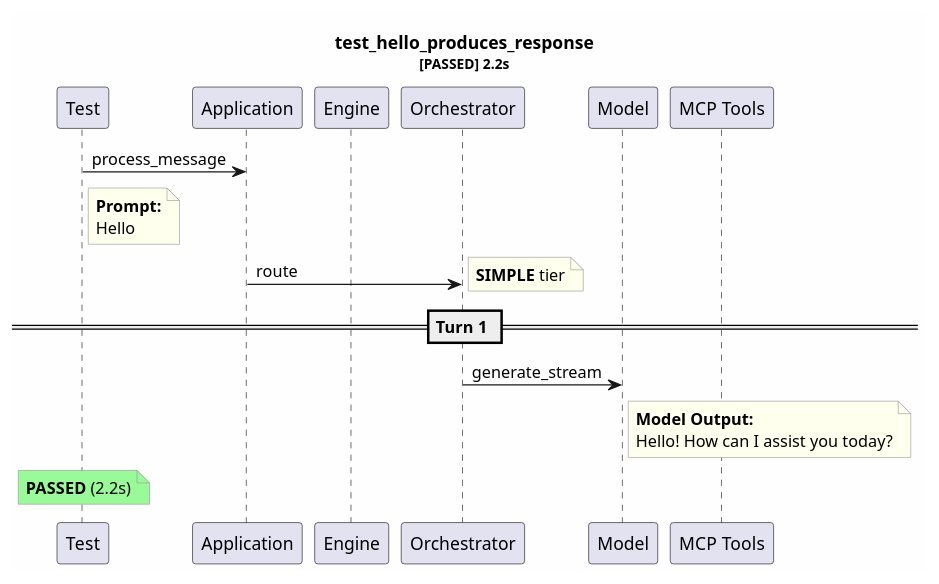
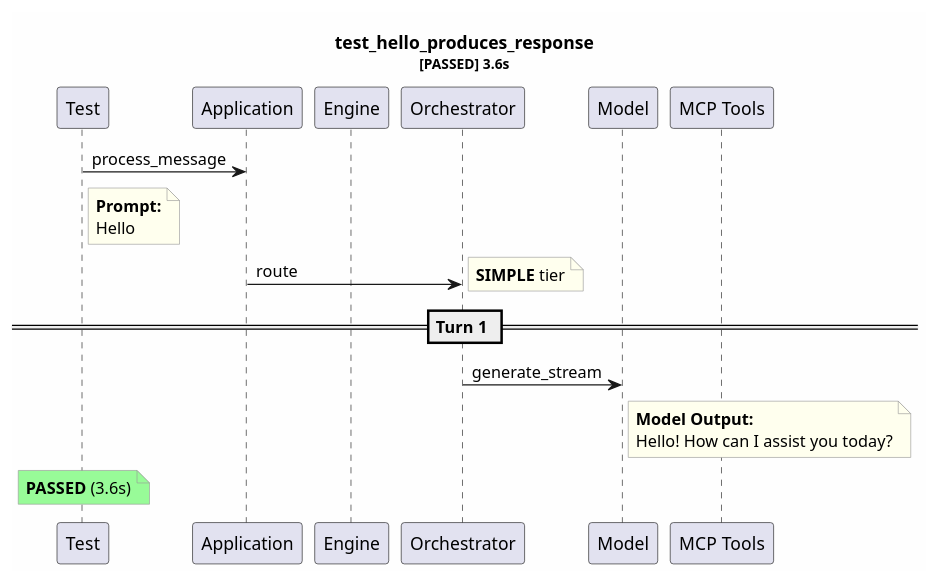
One commit to tvanfossen/entropic changed the diagram in test-reports/test_hello_produces_response.puml. Above: the diagram before and after it, drawn with PlantUML. The commit also changed 49 other files, not shown here.

```diff
--- a/test-reports/test_hello_produces_response.puml
+++ b/test-reports/test_hello_produces_response.puml
@@ -1,31 +1,31 @@
 @startuml
 skinparam backgroundColor #FEFEFE
 skinparam noteBorderColor #999999
 skinparam noteBackgroundColor #FFFFEE
-title test_hello_produces_response\n<size:11>[PASSED] 2.2s</size>
+title test_hello_produces_response\n<size:11>[PASSED] 3.6s</size>
 
 participant "Test" as T
 participant "Application" as App
 participant "Engine" as Eng
 participant "Orchestrator" as Orch
 participant "Model" as Mdl
 participant "MCP Tools" as MCP
 
 T -> App: process_message
 note right of T
   **Prompt:**
   Hello
 end note
 App -> Orch: route
 note right: **SIMPLE** tier
 == Turn 1 ==
 Orch -> Mdl: generate_stream
 note right of Mdl
   **Model Output:**
   Hello! How can I assist you today?
 end note
 note over T #palegreen
-  **PASSED** (2.2s)
+  **PASSED** (3.6s)
 end note
 
 @enduml
```
